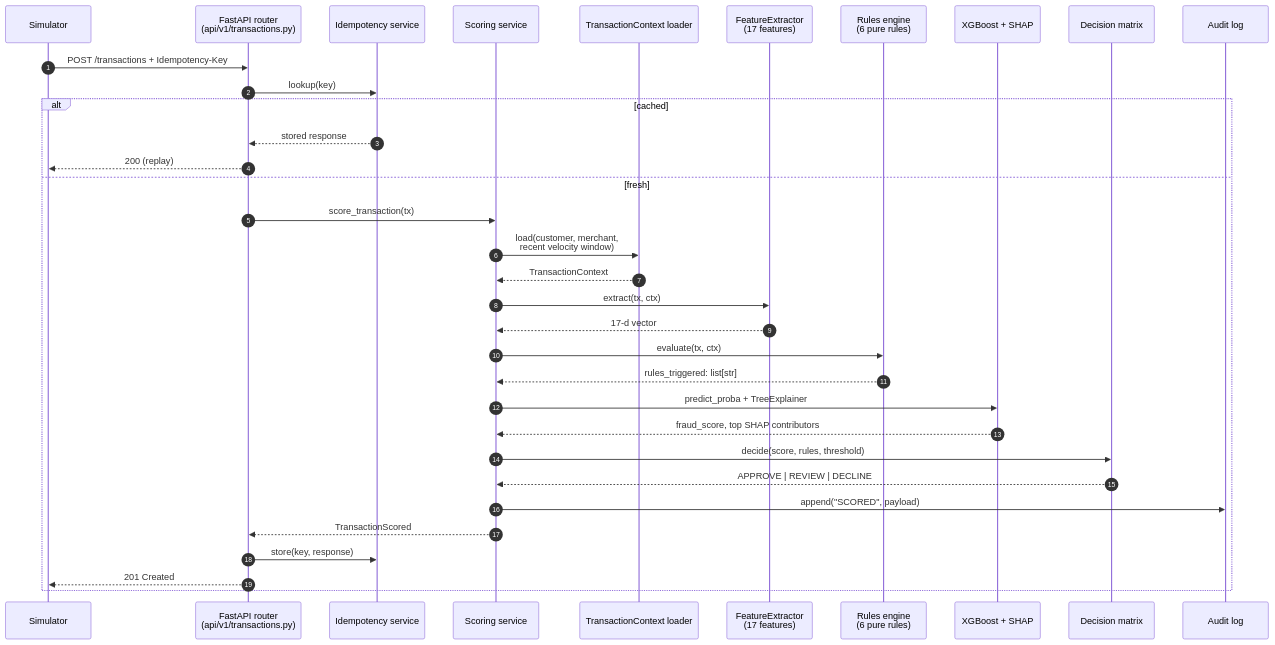
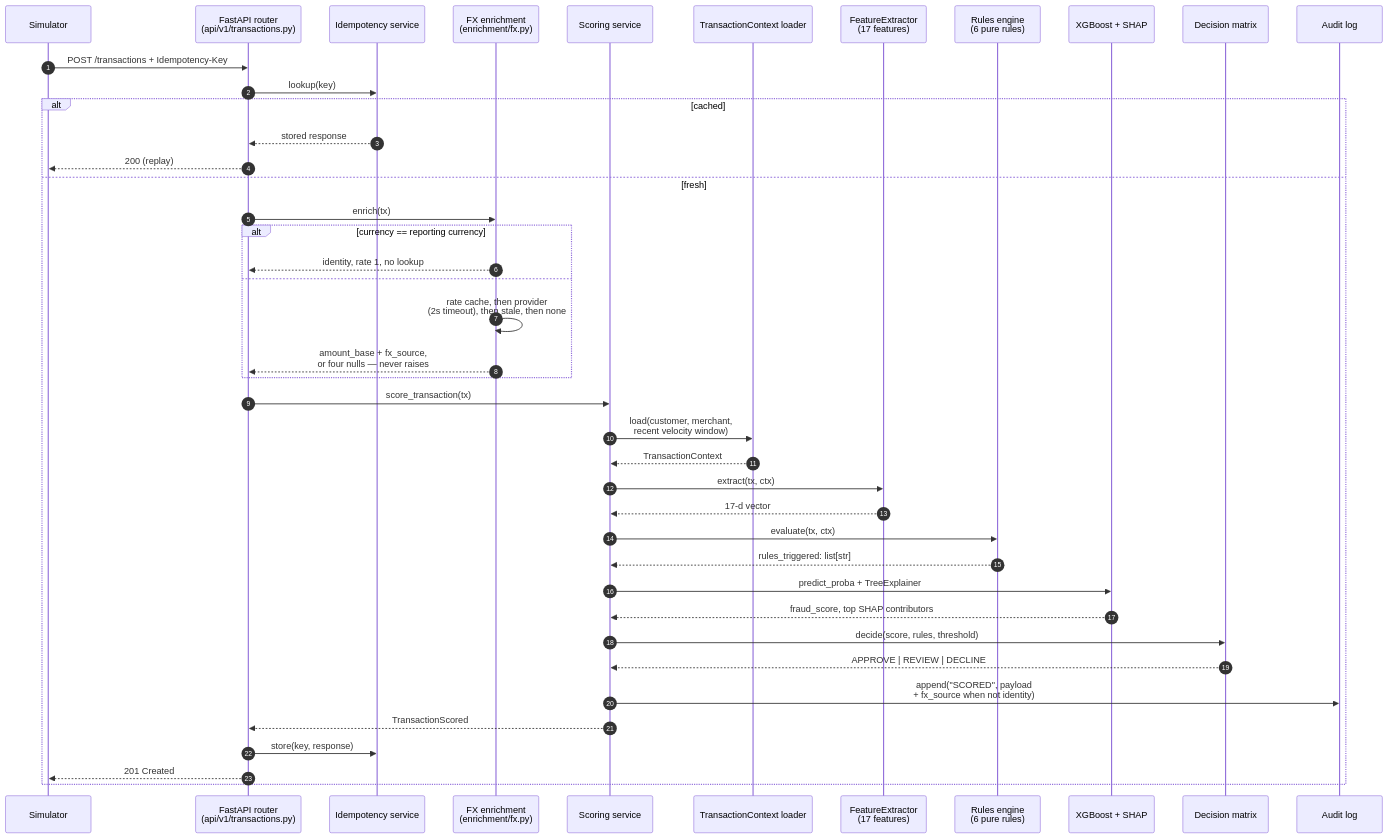
Before and after one commit to apoorvrajdev/fraud-radar: the third of 5 diagrams in docs/ARCHITECTURE.md, drawn with Mermaid. The commit also changed other lines of this file and 3 other files, not shown here.

````diff
--- a/docs/ARCHITECTURE.md
+++ b/docs/ARCHITECTURE.md
@@ -70,37 +70,45 @@
 ```mermaid
 sequenceDiagram
     autonumber
     participant SIM as Simulator
     participant API as FastAPI router<br/>(api/v1/transactions.py)
     participant IDEM as Idempotency service
+    participant FX as FX enrichment<br/>(enrichment/fx.py)
     participant SCORE as Scoring service
     participant CTX as TransactionContext loader
     participant FEAT as FeatureExtractor<br/>(17 features)
     participant RULES as Rules engine<br/>(6 pure rules)
     participant ML as XGBoost + SHAP
     participant DEC as Decision matrix
     participant AUD as Audit log
 
     SIM->>API: POST /transactions + Idempotency-Key
     API->>IDEM: lookup(key)
     alt cached
         IDEM-->>API: stored response
         API-->>SIM: 200 (replay)
     else fresh
+        API->>FX: enrich(tx)
+        alt currency == reporting currency
+            FX-->>API: identity, rate 1, no lookup
+        else
+            FX->>FX: rate cache, then provider<br/>(2s timeout), then stale, then none
+            FX-->>API: amount_base + fx_source,<br/>or four nulls — never raises
+        end
         API->>SCORE: score_transaction(tx)
         SCORE->>CTX: load(customer, merchant,<br/>recent velocity window)
         CTX-->>SCORE: TransactionContext
         SCORE->>FEAT: extract(tx, ctx)
         FEAT-->>SCORE: 17-d vector
         SCORE->>RULES: evaluate(tx, ctx)
         RULES-->>SCORE: rules_triggered: list[str]
         SCORE->>ML: predict_proba + TreeExplainer
         ML-->>SCORE: fraud_score, top SHAP contributors
         SCORE->>DEC: decide(score, rules, threshold)
         DEC-->>SCORE: APPROVE | REVIEW | DECLINE
-        SCORE->>AUD: append("SCORED", payload)
+        SCORE->>AUD: append("SCORED", payload<br/>+ fx_source when not identity)
         SCORE-->>API: TransactionScored
         API->>IDEM: store(key, response)
         API-->>SIM: 201 Created
     end
 ```
````
